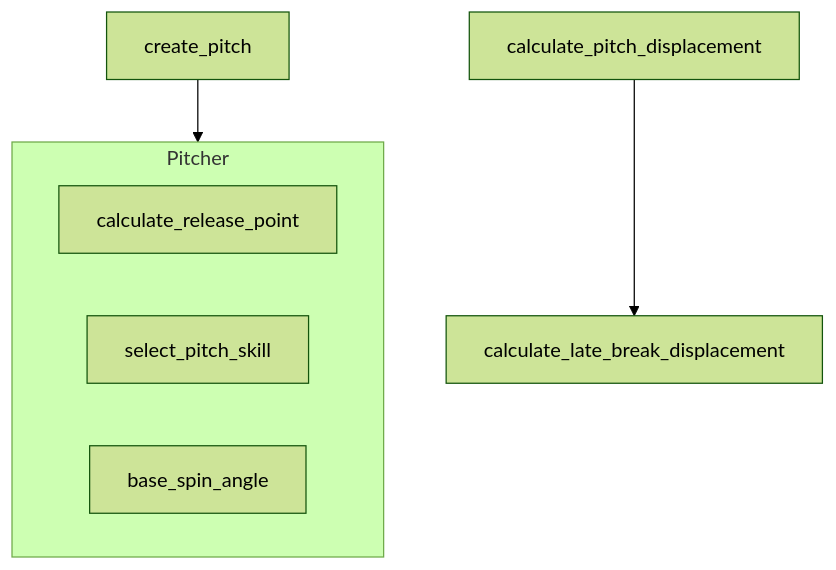
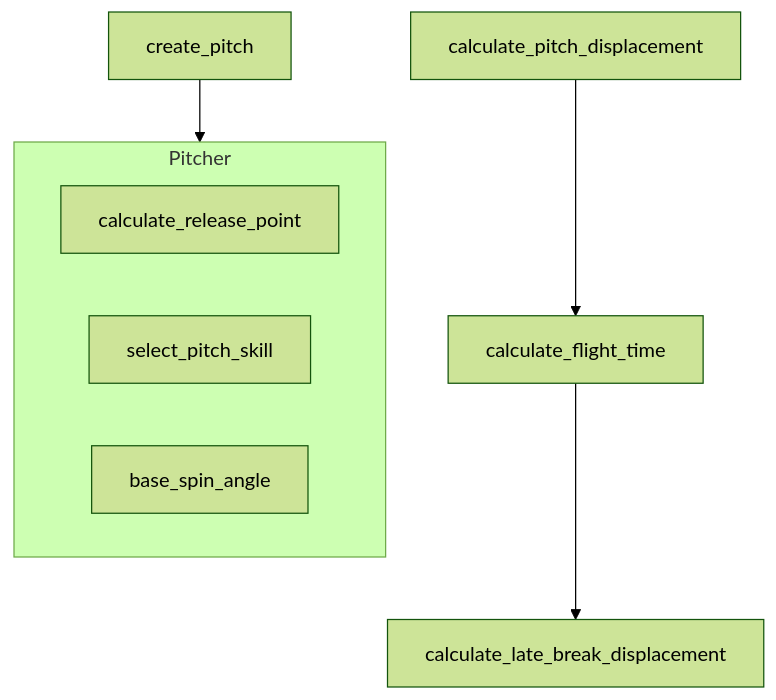
Before and after one commit to torafugu/saberbb: the diagram in docs/pitching_diagram.mmd, drawn with Mermaid (forest theme). The commit also changed 2 other files, not shown here.

Commit message:
calculate_flight_time was added to PitchedBall.

```diff
--- a/docs/pitching_diagram.mmd
+++ b/docs/pitching_diagram.mmd
@@ -1,9 +1,9 @@
 flowchart TD
     subgraph pitcher[Pitcher]
         calculate_release_point
         select_pitch_skill
         base_spin_angle
     end
 
     create_pitch --> pitcher
-    calculate_pitch_displacement --> calculate_late_break_displacement
+    calculate_pitch_displacement --> calculate_flight_time --> calculate_late_break_displacement
```
